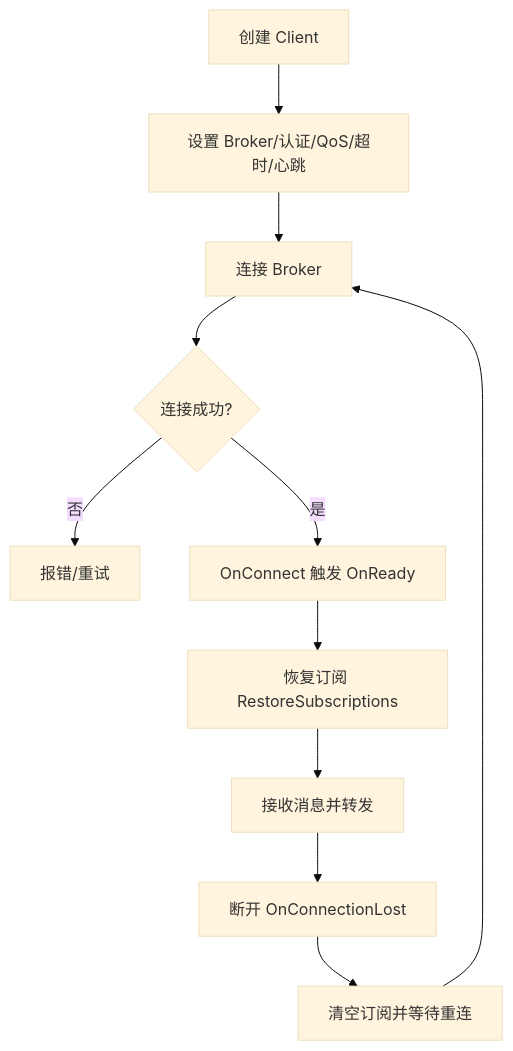
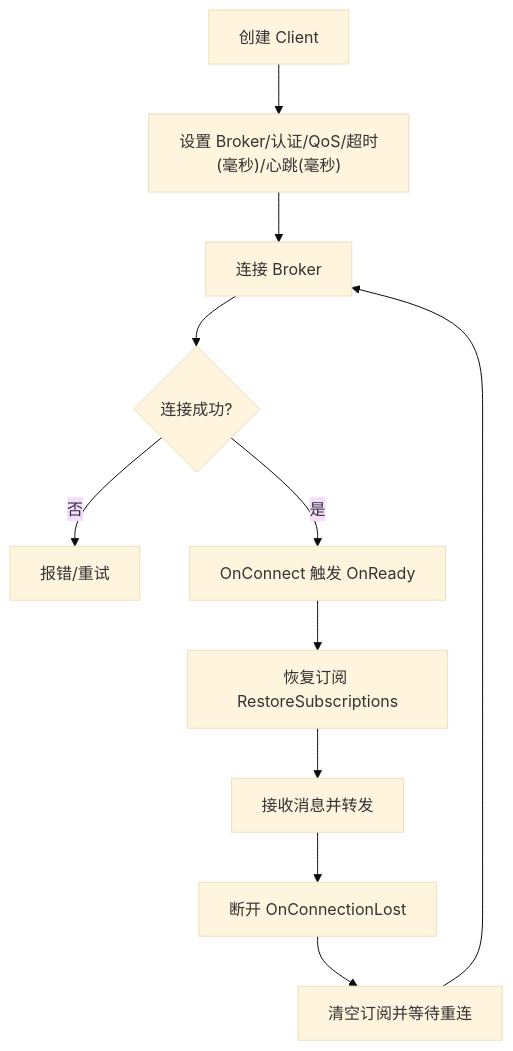
Before and after one commit to maomao94/zero-service: the seventh of 7 diagrams in .qoder/repowiki/zh/content/核心服务详解/MQTT 协议桥接服务/MQTT 客户端管理.md, drawn with Mermaid (base theme). The commit also changed other lines of this file and 59 other files, not shown here.

````diff
--- a/.qoder/repowiki/zh/content/核心服务详解/MQTT 协议桥接服务/MQTT 客户端管理.md
+++ b/.qoder/repowiki/zh/content/核心服务详解/MQTT 协议桥接服务/MQTT 客户端管理.md
@@ -353,13 +375,13 @@
 ```mermaid
 flowchart TD
-A["创建 Client"] --> B["设置 Broker/认证/QoS/超时/心跳"]
+A["创建 Client"] --> B["设置 Broker/认证/QoS/超时(毫秒)/心跳(毫秒)"]
 B --> C["连接 Broker"]
 C --> D{"连接成功?"}
 D -- 否 --> E["报错/重试"]
 D -- 是 --> F["OnConnect 触发 OnReady"]
 F --> G["恢复订阅 RestoreSubscriptions"]
 G --> H["接收消息并转发"]
 H --> I["断开 OnConnectionLost"]
 I --> J["清空订阅并等待重连"]
 J --> C
 ```
````
